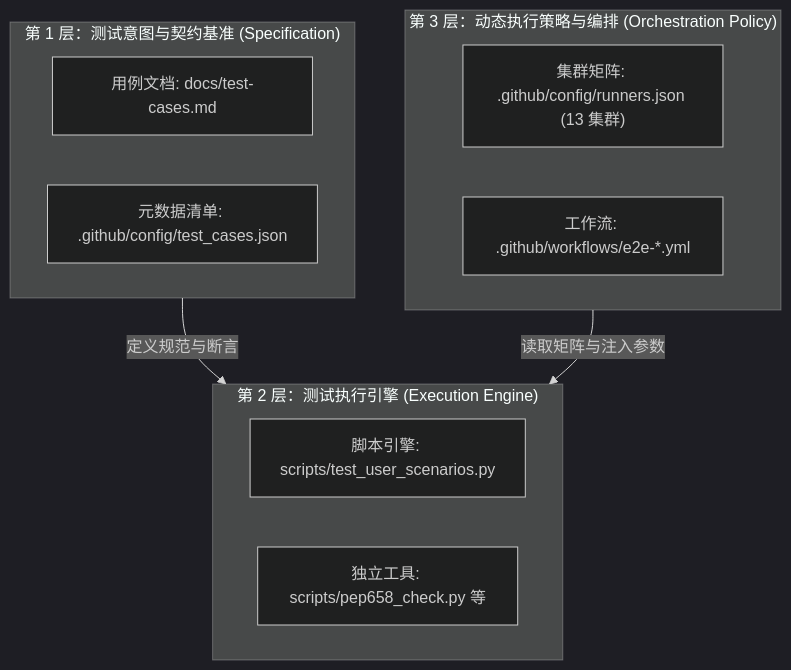
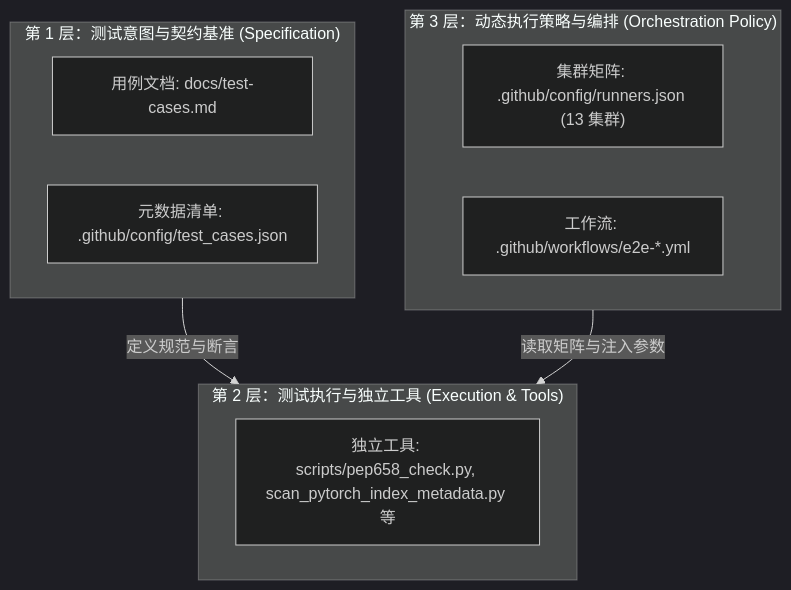
The diagram in docs/test-cases.md (ascend-gha-runners/test), drawn with Mermaid (dark theme) before and after one commit. The commit also changed other lines of this file and 10 other files, not shown here.

````diff
--- a/docs/test-cases.md
+++ b/docs/test-cases.md
@@ -10,20 +10,19 @@
 ```mermaid
 flowchart TD
     subgraph L1["第 1 层：测试意图与契约基准 (Specification)"]
         TC_DOC["用例文档: docs/test-cases.md"]
         TC_JSON["元数据清单: .github/config/test_cases.json"]
     end
 
-    subgraph L2["第 2 层：测试执行引擎 (Execution Engine)"]
-        ENGINE_PY["脚本引擎: scripts/test_user_scenarios.py"]
-        STANDALONE["独立工具: scripts/pep658_check.py 等"]
+    subgraph L2["第 2 层：测试执行与独立工具 (Execution & Tools)"]
+        STANDALONE["独立工具: scripts/pep658_check.py, scan_pytorch_index_metadata.py 等"]
     end
 
     subgraph L3["第 3 层：动态执行策略与编排 (Orchestration Policy)"]
         RUNNERS_JSON["集群矩阵: .github/config/runners.json (13 集群)"]
         WORKFLOWS["工作流: .github/workflows/e2e-*.yml"]
     end
 
     L1 -->|定义规范与断言| L2
     L3 -->|读取矩阵与注入参数| L2
 ```
````
